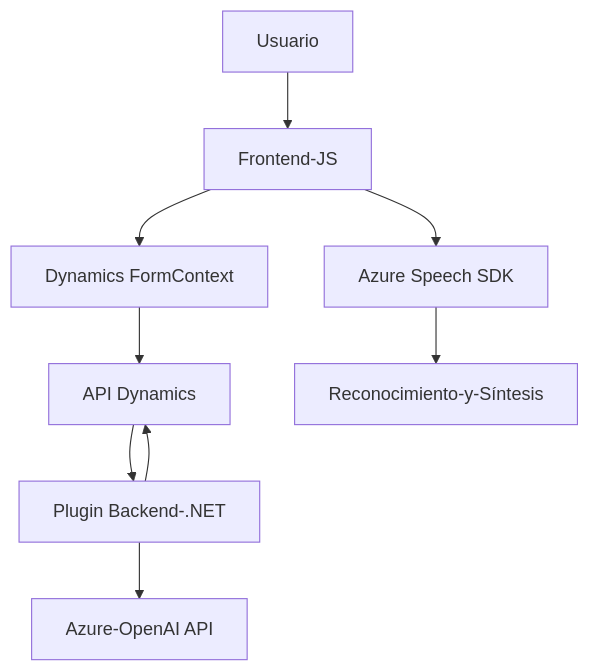
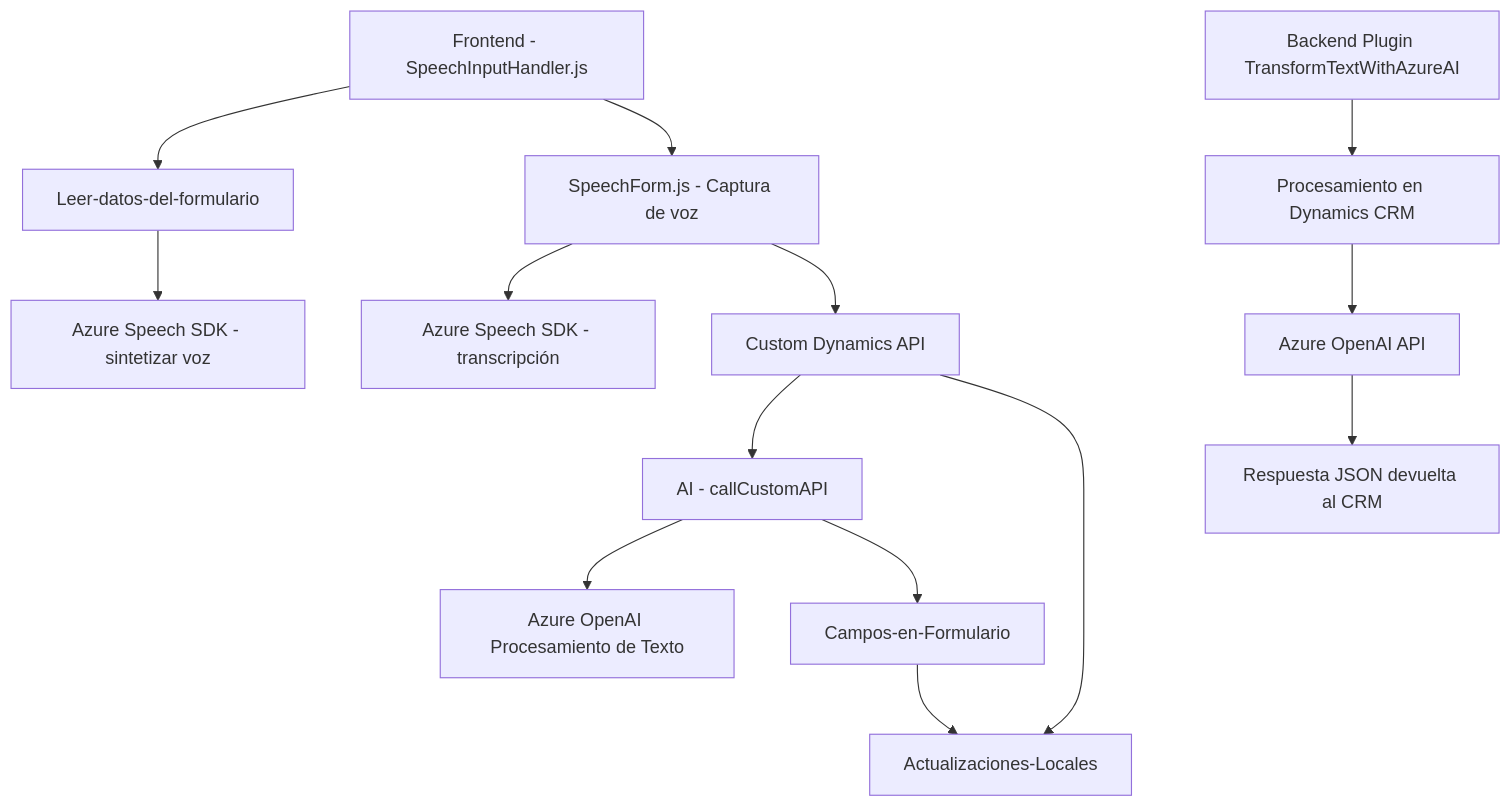
Before and after one commit to blopezdm/NETCORE_BILBAO2025: the diagram in README.md, drawn with Mermaid. The commit also changed other lines of this file, not shown here.

````diff
--- a/README.md
+++ b/README.md
@@ -37,11 +36,16 @@
 ```mermaid
 graph TD
-  A["Usuario"] --> B["Frontend-JS"]
-  B --> C["Dynamics FormContext"]
-  B --> D["Azure Speech SDK"]
-  C --> G["API Dynamics"]
-  D --> E["Reconocimiento-y-Síntesis"]
-  F["Plugin Backend-.NET"] --> G
-  G --> F
-  F --> H["Azure-OpenAI API"]
+    A["Frontend - SpeechInputHandler.js"] --> B["Leer-datos-del-formulario"]
+    B --> C["Azure Speech SDK - sintetizar voz"]
+    A --> D["SpeechForm.js - Captura de voz"]
+    D --> E["Azure Speech SDK - transcripción"]
+    D --> F["Custom Dynamics API"]
+    F --> G["AI - callCustomAPI"]
+    G --> I["Azure OpenAI Procesamiento de Texto"]
+    G --> J["Campos-en-Formulario"]
+    J --> H["Actualiza Formulario"]
+    F --> H["Actualizaciones-Locales"]
+    K["Backend Plugin TransformTextWithAzureAI"] --> L["Procesamiento en Dynamics CRM"]
+    L --> M["Azure OpenAI API"]
+    M --> N["Respuesta JSON devuelta al CRM"]
 ```
````
